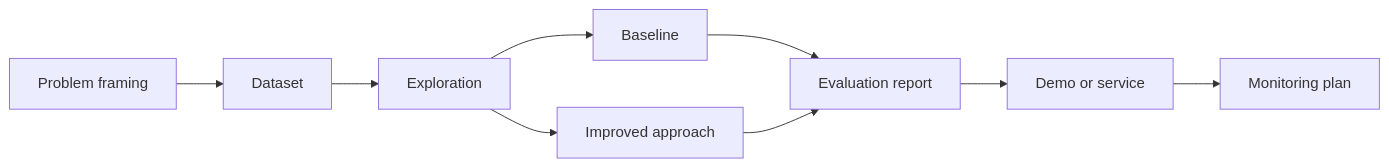
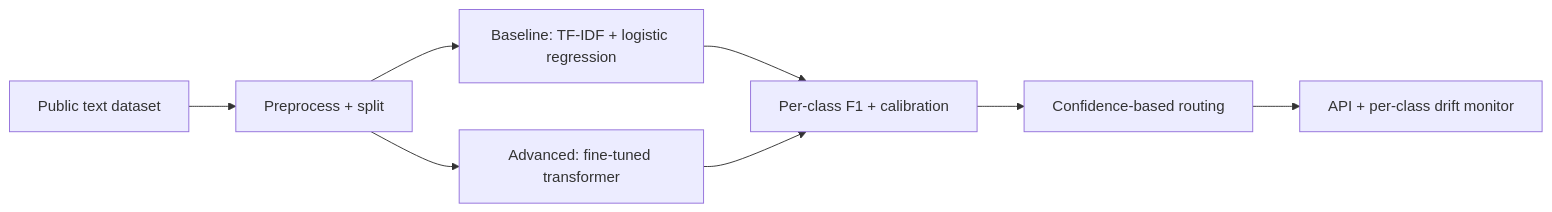
The diagram in capstone-projects/08-nlp-text-classifier.md (Icon1cc/Machine-Learning), drawn with Mermaid before and after one commit. The commit also changed other lines of this file and 264 other files, not shown here.

````diff
--- a/capstone-projects/08-nlp-text-classifier.md
+++ b/capstone-projects/08-nlp-text-classifier.md
@@ -34,11 +47,10 @@
 ```mermaid
 flowchart LR
-    A[Problem framing] --> B[Dataset]
-    B --> C[Exploration]
-    C --> D[Baseline]
-    C --> E[Improved approach]
-    D --> F[Evaluation report]
-    E --> F
-    F --> G[Demo or service]
-    G --> H[Monitoring plan]
+    A[Public text dataset] --> B[Preprocess + split]
+    B --> C[Baseline: TF-IDF + logistic regression]
+    B --> D[Advanced: fine-tuned transformer]
+    C --> E[Per-class F1 + calibration]
+    D --> E
+    E --> F[Confidence-based routing]
+    F --> G[API + per-class drift monitor]
 ```
````
